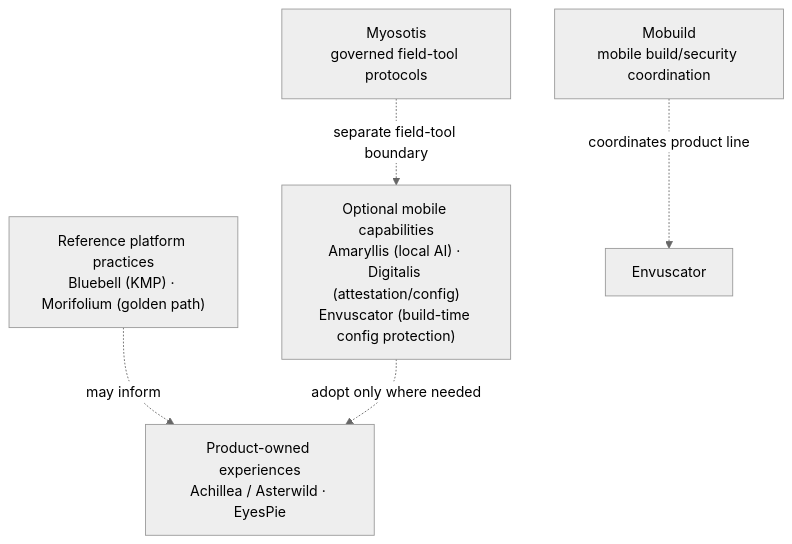
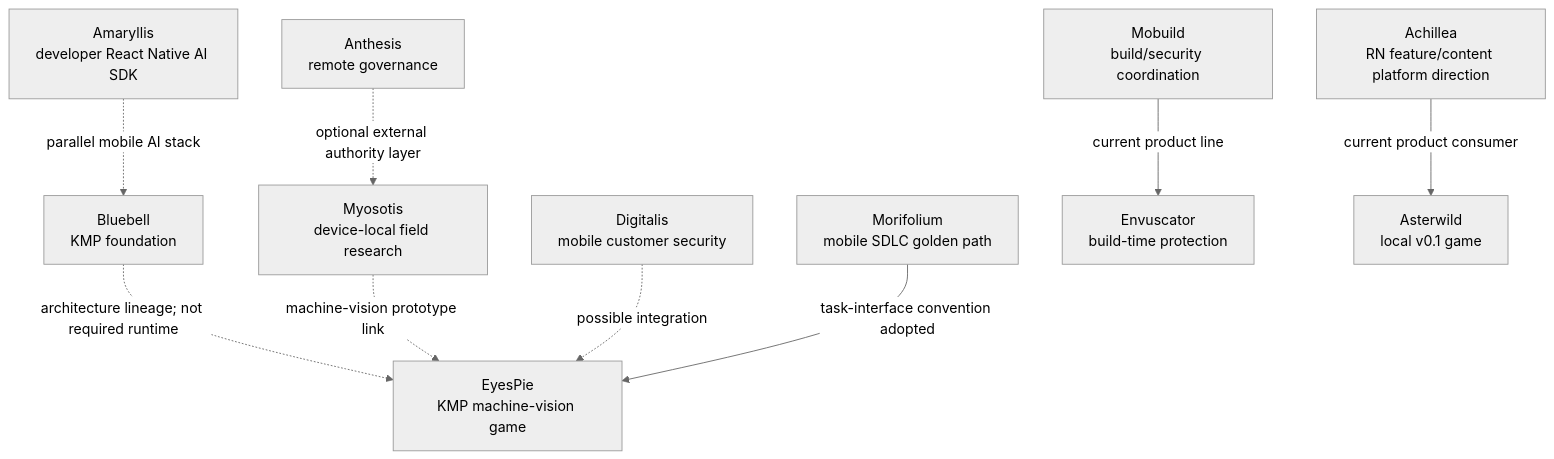
One commit to hackelia-micrantha/.github changed the third of 4 diagrams in docs/architecture/ecosystem-integration.md. Above: the diagram before and after it, drawn with Mermaid (neutral theme). The commit also changed other lines of this file, not shown here.

Commit message:
docs: align ecosystem integration map with owner-defined project roles and adoption maturity

````diff
--- a/docs/architecture/ecosystem-integration.md
+++ b/docs/architecture/ecosystem-integration.md
@@ -80,13 +79,11 @@
 ```mermaid
 flowchart TB
-    Path["Reference platform practices<br/>Bluebell (KMP) · Morifolium (golden path)"]
-    Cap["Optional mobile capabilities<br/>Amaryllis (local AI) · Digitalis (attestation/config)<br/>Envuscator (build-time config protection)"]
-    Apps["Product-owned experiences<br/>Achillea / Asterwild · EyesPie"]
-    Field["Myosotis<br/>governed field-tool protocols"]
-    Mob["Mobuild<br/>mobile build/security coordination"]
-
-    Path -. "may inform" .-> Apps
-    Cap -. "adopt only where needed" .-> Apps
-    Mob -. "coordinates product line" .-> Env["Envuscator"]
-    Field -. "separate field-tool boundary" .-> Cap
+    Blue["Bluebell<br/>KMP foundation"] -. "architecture lineage; not required runtime" .-> Eyes["EyesPie<br/>KMP machine-vision game"]
+    Myo["Myosotis<br/>device-local field research"] -. "machine-vision prototype link" .-> Eyes
+    Ant["Anthesis<br/>remote governance"] -. "optional external authority layer" .-> Myo
+    Dig["Digitalis<br/>mobile customer security"] -. "possible integration" .-> Eyes
+    Mor["Morifolium<br/>mobile SDLC golden path"] -->|"task-interface convention adopted"| Eyes
+    Amy["Amaryllis<br/>developer React Native AI SDK"] -. "parallel mobile AI stack" .-> Blue
+    Mob["Mobuild<br/>build/security coordination"] -->|"current product line"| Env["Envuscator<br/>build-time protection"]
+    Ach["Achillea<br/>RN feature/content platform direction"] -->|"current product consumer"| Aster["Asterwild<br/>local v0.1 game"]
 ```
````
